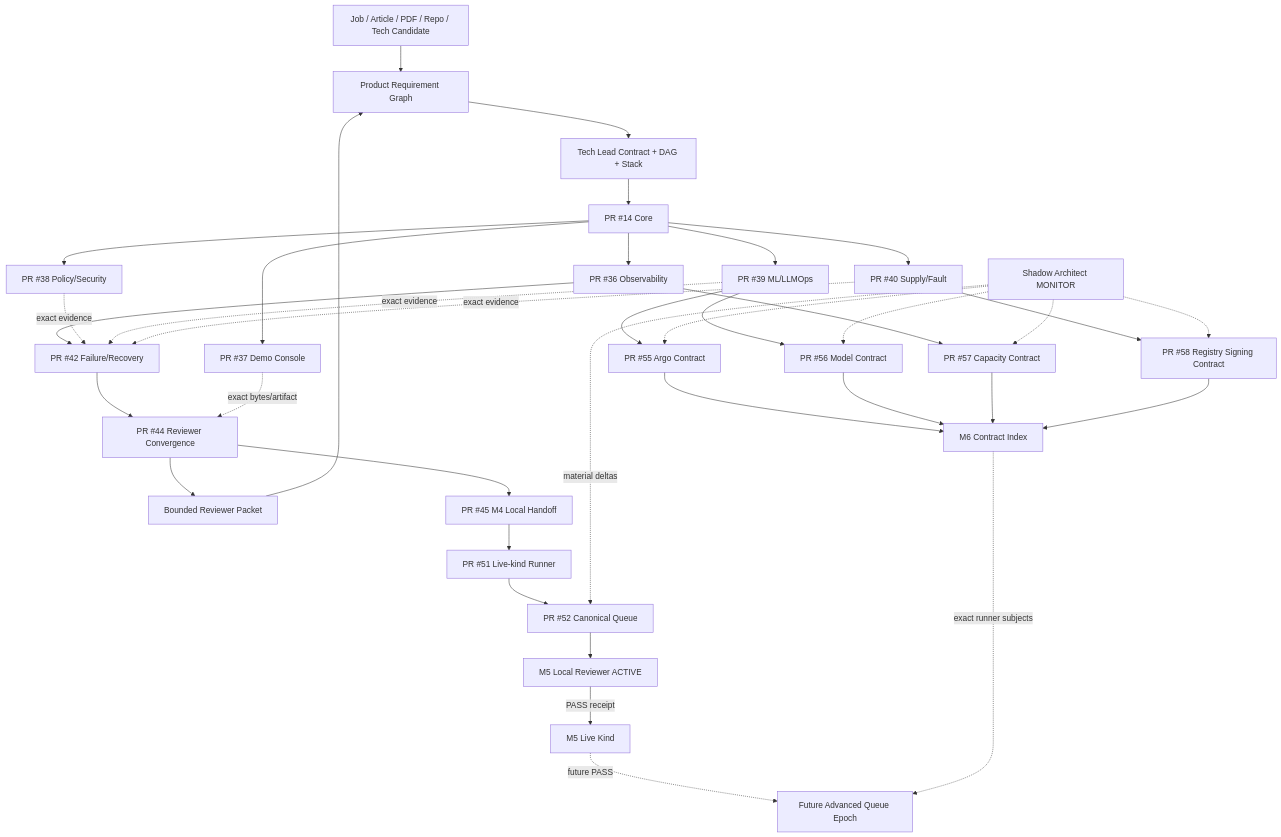
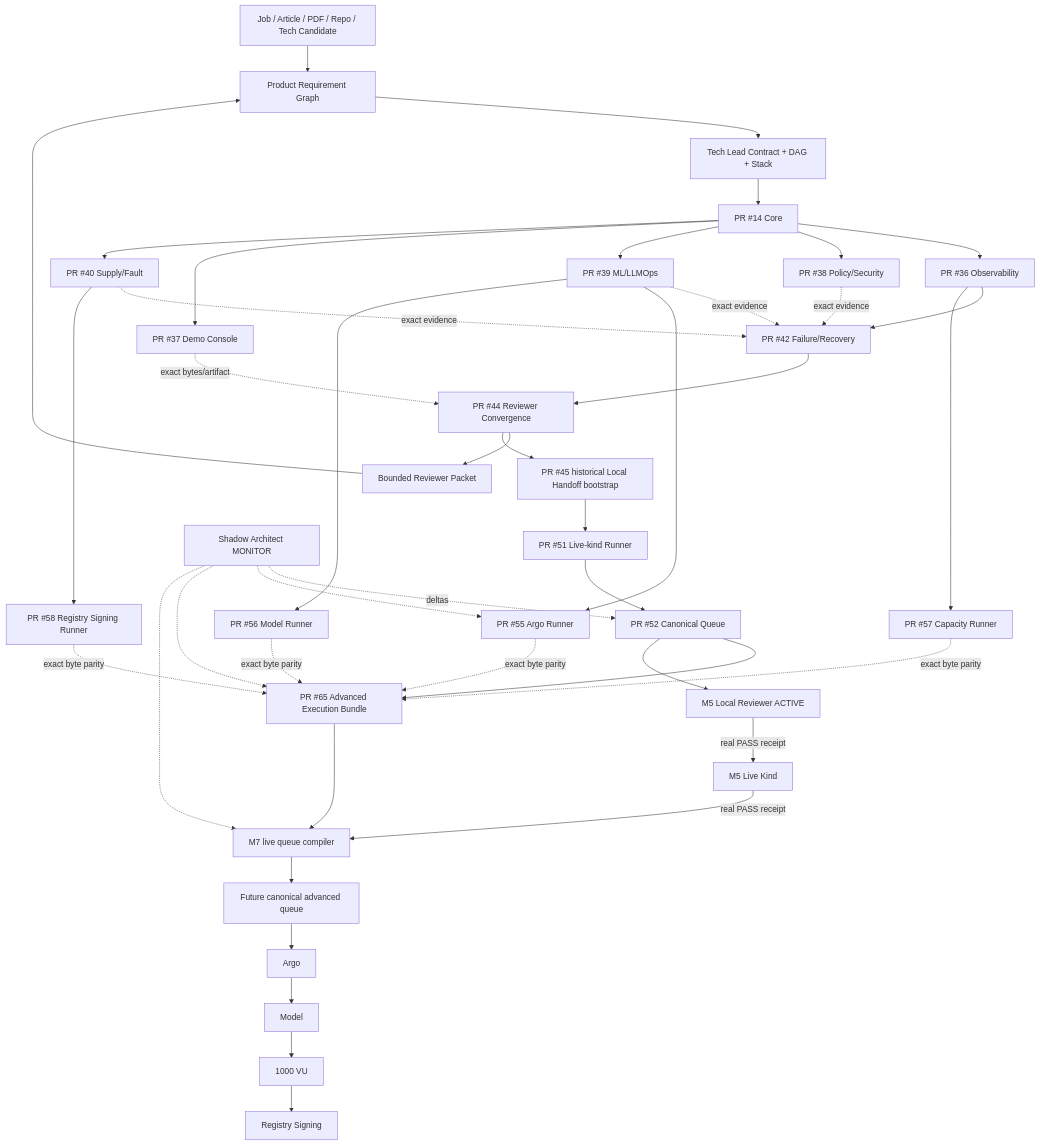
The diagram in README.md (ed3c/DevOps-Manager-Notes), drawn with Mermaid before and after one commit. The commit also changed other lines of this file, not shown here.

Commit message:
docs: route README through M7 advanced bundle readiness

````diff
--- a/README.md
+++ b/README.md
@@ -253,43 +268,52 @@
 ```mermaid
 flowchart TD
     S[Job / Article / PDF / Repo / Tech Candidate] --> P[Product Requirement Graph]
     P --> TL[Tech Lead Contract + DAG + Stack]
+
     TL --> K2[PR #14 Core]
     K2 --> O[PR #36 Observability]
     K2 --> SEC[PR #38 Policy/Security]
     K2 --> ML[PR #39 ML/LLMOps]
     K2 --> UI[PR #37 Demo Console]
     K2 --> SUP[PR #40 Supply/Fault]
 
     O --> X5[PR #42 Failure/Recovery]
     SEC -. exact evidence .-> X5
     ML -. exact evidence .-> X5
     SUP -. exact evidence .-> X5
+
     X5 --> X9[PR #44 Reviewer Convergence]
     UI -. exact bytes/artifact .-> X9
     X9 --> RP[Bounded Reviewer Packet]
     RP --> P
 
-    X9 --> D9[PR #45 M4 Local Handoff]
+    X9 --> D9[PR #45 historical Local Handoff bootstrap]
     D9 --> K5[PR #51 Live-kind Runner]
     K5 --> D5[PR #52 Canonical Queue]
+
+    ML --> A55[PR #55 Argo Runner]
+    ML --> A56[PR #56 Model Runner]
+    O --> E57[PR #57 Capacity Runner]
+    SUP --> E58[PR #58 Registry Signing Runner]
+
+    D5 --> X7[PR #65 Advanced Execution Bundle]
+    A55 -. exact byte parity .-> X7
+    A56 -. exact byte parity .-> X7
+    E57 -. exact byte parity .-> X7
+    E58 -. exact byte parity .-> X7
+
     D5 --> LR[M5 Local Reviewer ACTIVE]
-    LR -->|PASS receipt| LK[M5 Live Kind]
+    LR -->|real PASS receipt| LK[M5 Live Kind]
+    LK -->|real PASS receipt| C7[M7 live queue compiler]
+    X7 --> C7
+    C7 --> AQ[Future canonical advanced queue]
+    AQ --> ARGO[Argo]
+    ARGO --> MODEL[Model]
+    MODEL --> LOAD[1000 VU]
+    LOAD --> SIGN[Registry Signing]
 
-    ML --> A55[PR #55 Argo Contract]
-    ML --> A56[PR #56 Model Contract]
-    O --> E57[PR #57 Capacity Contract]
-    SUP --> E58[PR #58 Registry Signing Contract]
-    A55 --> M6[M6 Contract Index]
-    A56 --> M6
-    E57 --> M6
-    E58 --> M6
-    LK -. future PASS .-> AQ[Future Advanced Queue Epoch]
-    M6 -. exact runner subjects .-> AQ
-
-    SH[Shadow Architect MONITOR] -. material deltas .-> D5
+    SH[Shadow Architect MONITOR] -. deltas .-> D5
     SH -.-> A55
-    SH -.-> A56
-    SH -.-> E57
-    SH -.-> E58
+    SH -.-> X7
+    SH -.-> C7
 ```
````
